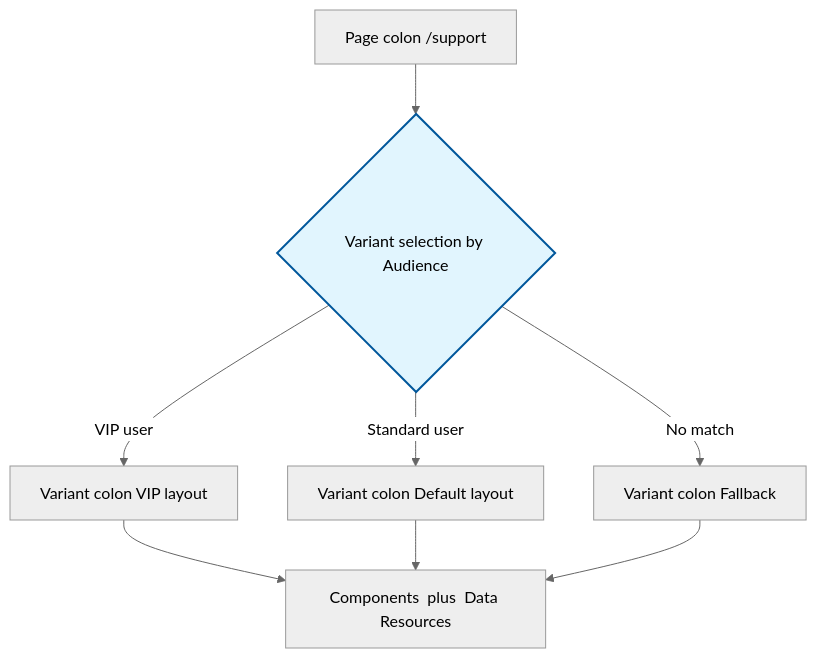
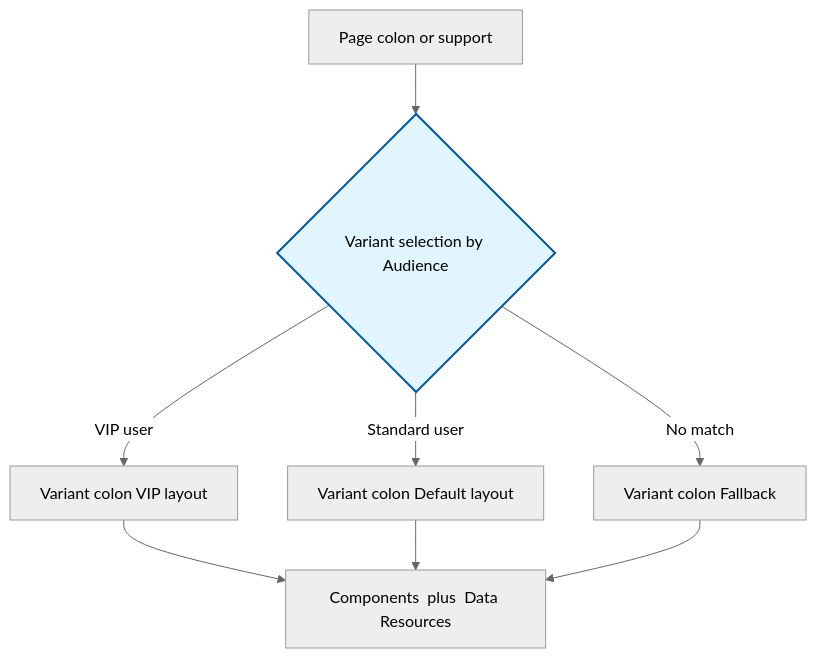
Before and after one commit to eltonaguiar/ServiceNow_Learning_TSOM-_CSM_FSM_SalesCRM_HAM_ITSM: the second of 2 diagrams in docs/modules/portal/portal-guide.md, drawn with Mermaid (neutral theme). The commit also changed 19 other files, not shown here.

First line of the commit message:
Fix Mermaid diagram syntax errors - replace problematic chars in text content only

````diff
--- a/docs/modules/portal/portal-guide.md
+++ b/docs/modules/portal/portal-guide.md
@@ -148,11 +148,11 @@
 ```mermaid
 graph TD
-    A[Page colon  /support] --> B{Variant selection by Audience}
+    A[Page colon   or support] --> B{Variant selection by Audience}
     B -->|VIP user| C[Variant colon  VIP layout]
     B -->|Standard user| D[Variant colon  Default layout]
     B -->|No match| E[Variant colon  Fallback]
     C --> F[Components  plus  Data Resources]
     D --> F
     E --> F
     style B fill:#e1f5fe,stroke:#01579b,stroke-width:2px
 ```
````
